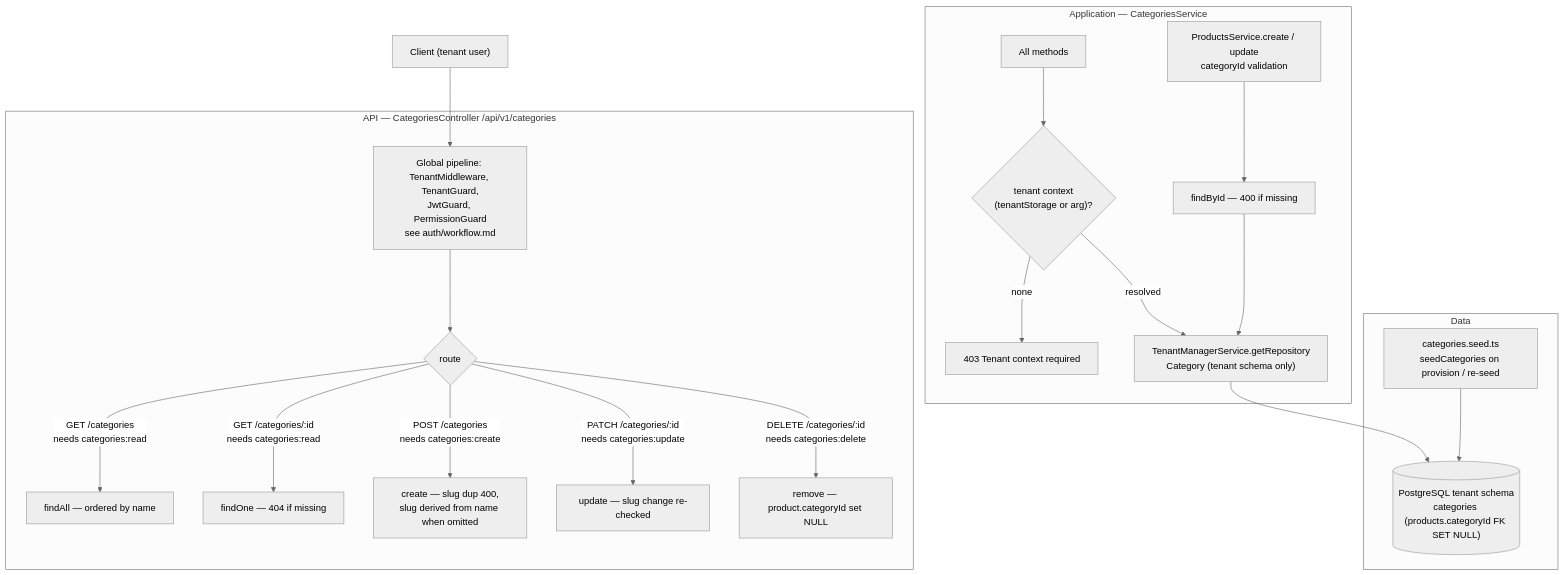
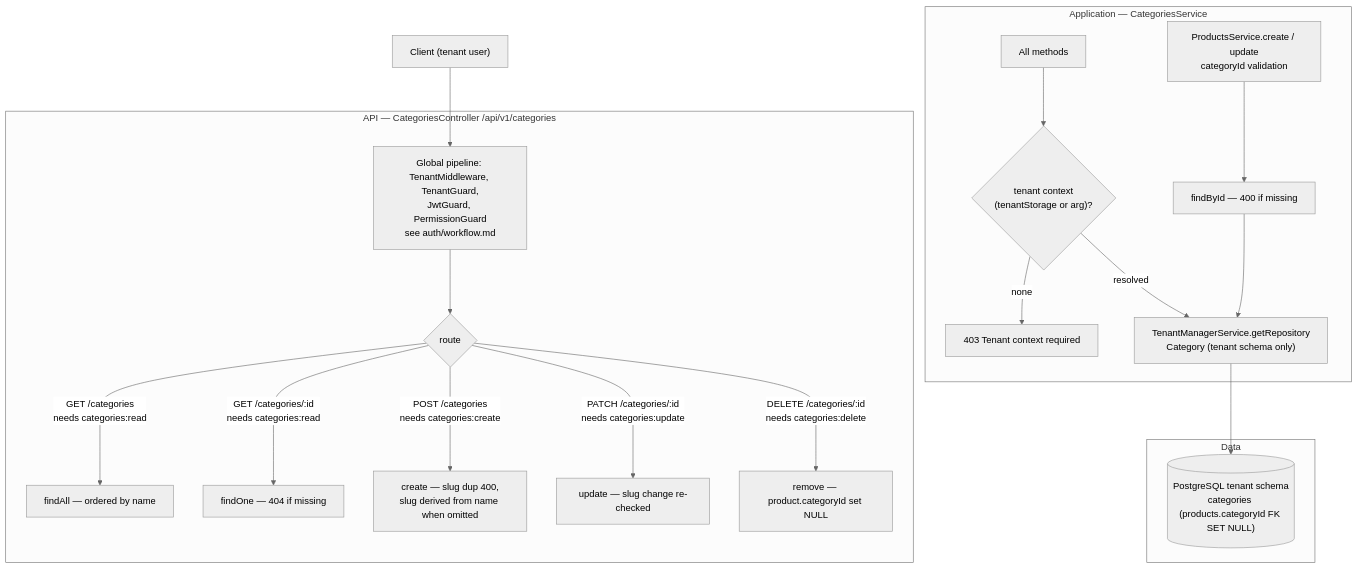
The first of 2 diagrams in apps/api/src/modules/categories/workflow.md (DevBassel/saas_commerce), drawn with Mermaid (neutral theme) before and after one commit. The commit also changed other lines of this file and 158 other files, not shown here.

````diff
--- a/apps/api/src/modules/categories/workflow.md
+++ b/apps/api/src/modules/categories/workflow.md
@@ -1,26 +1,25 @@
 ```mermaid
 flowchart TD
     Client["Client (tenant user)"] --> GUARDS["Global pipeline: TenantMiddleware, TenantGuard,<br/>JwtGuard, PermissionGuard<br/>see auth/workflow.md"]
 
     subgraph API["API — CategoriesController /api/v1/categories"]
         GUARDS --> CRO{"route"}
         CRO -->|"GET /categories<br/>needs categories:read"| CFA["findAll — ordered by name"]
         CRO -->|"GET /categories/:id<br/>needs categories:read"| CFO["findOne — 404 if missing"]
         CRO -->|"POST /categories<br/>needs categories:create"| CC["create — slug dup 400,<br/>slug derived from name when omitted"]
         CRO -->|"PATCH /categories/:id<br/>needs categories:update"| CU["update — slug change re-checked"]
         CRO -->|"DELETE /categories/:id<br/>needs categories:delete"| CD["remove — product.categoryId set NULL"]
     end
 
     subgraph APP["Application — CategoriesService"]
         SVC["All methods"] --> TRT{"tenant context<br/>(tenantStorage or arg)?"}
         TRT -->|"none"| TRTE["403 Tenant context required"]
         TRT -->|"resolved"| TM["TenantManagerService.getRepository<br/>Category (tenant schema only)"]
         P["ProductsService.create / update<br/>categoryId validation"] --> FIND["findById — 400 if missing"]
         FIND --> TM
     end
 
     subgraph DATA["Data"]
         TM --> TDB[("PostgreSQL tenant schema<br/>categories (products.categoryId FK SET NULL)")]
-        SEEDCAT["categories.seed.ts<br/>seedCategories on provision / re-seed"] --> TDB
     end
 ```
````
